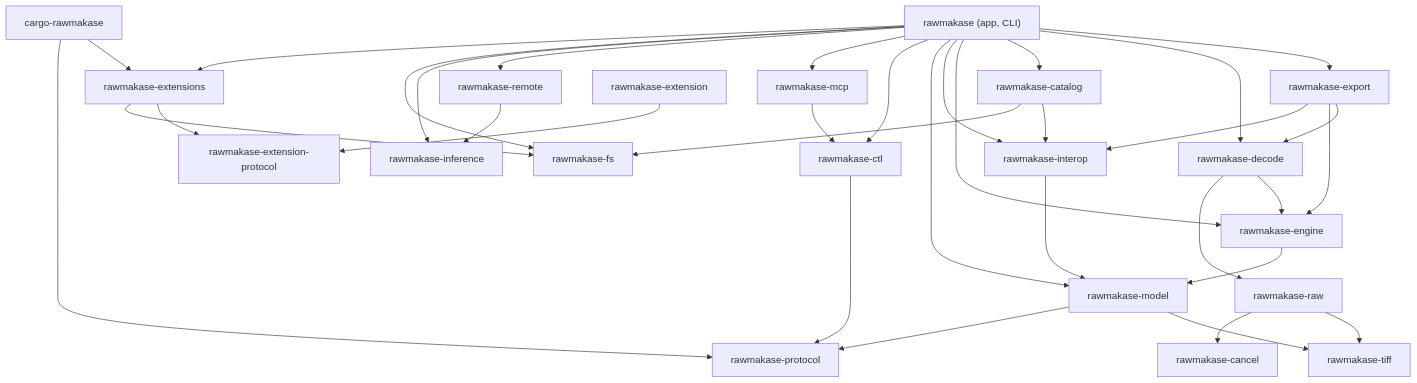
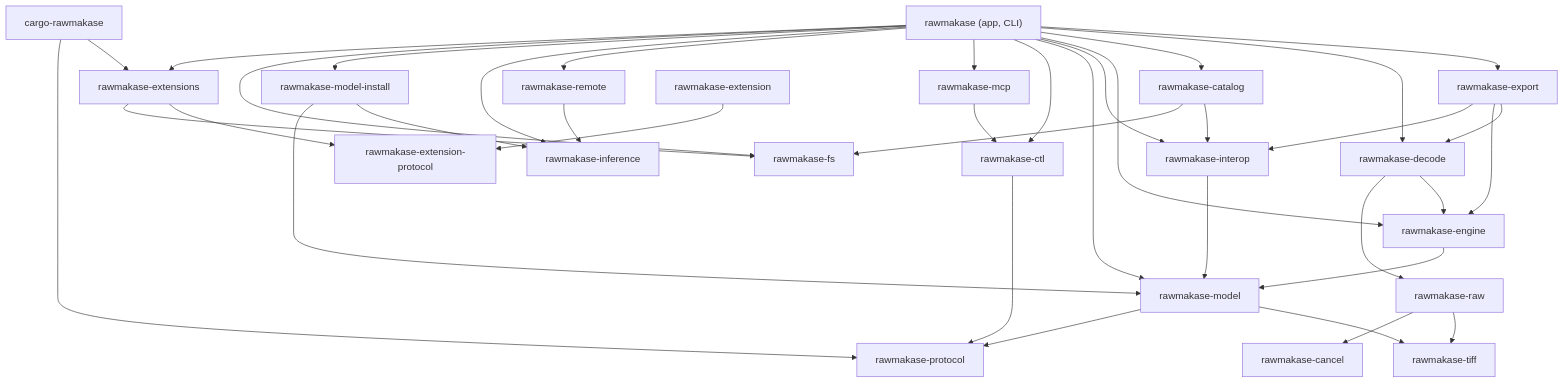
One commit to pch/rawmakase changed the diagram in docs/architecture.md. Above: the diagram before and after it, drawn with Mermaid. The commit also changed other lines of this file and 11 other files, not shown here.

First line of the commit message:
Extract the model installer into rawmakase-model-install

````diff
--- a/docs/architecture.md
+++ b/docs/architecture.md
@@ -15,39 +15,41 @@
 ```mermaid
 flowchart TD
     app["rawmakase (app, CLI)"]
     export[rawmakase-export]
     decode[rawmakase-decode]
     catalog[rawmakase-catalog]
     engine[rawmakase-engine]
     interop[rawmakase-interop]
     model[rawmakase-model]
     raw[rawmakase-raw]
     tiff[rawmakase-tiff]
     cancel[rawmakase-cancel]
     fs[rawmakase-fs]
     protocol[rawmakase-protocol]
     ctl[rawmakase-ctl]
     mcp[rawmakase-mcp]
     remote[rawmakase-remote]
     inference[rawmakase-inference]
+    modelinstall[rawmakase-model-install]
     exthost[rawmakase-extensions]
     extprotocol[rawmakase-extension-protocol]
     sdk[rawmakase-extension]
     cargoext[cargo-rawmakase]
 
     app --> export & decode & catalog & engine & interop & model
-    app --> ctl & mcp & remote & inference & fs & exthost
+    app --> ctl & mcp & remote & inference & modelinstall & fs & exthost
     export --> decode & engine & interop
     decode --> engine & raw
     catalog --> interop & fs
     engine --> model
     interop --> model
     model --> tiff & protocol
     raw --> tiff & cancel
     ctl --> protocol
     mcp --> ctl
     remote --> inference
+    modelinstall --> inference & model
     exthost --> extprotocol & fs
     sdk --> extprotocol
     cargoext --> exthost & protocol
 ```
````
